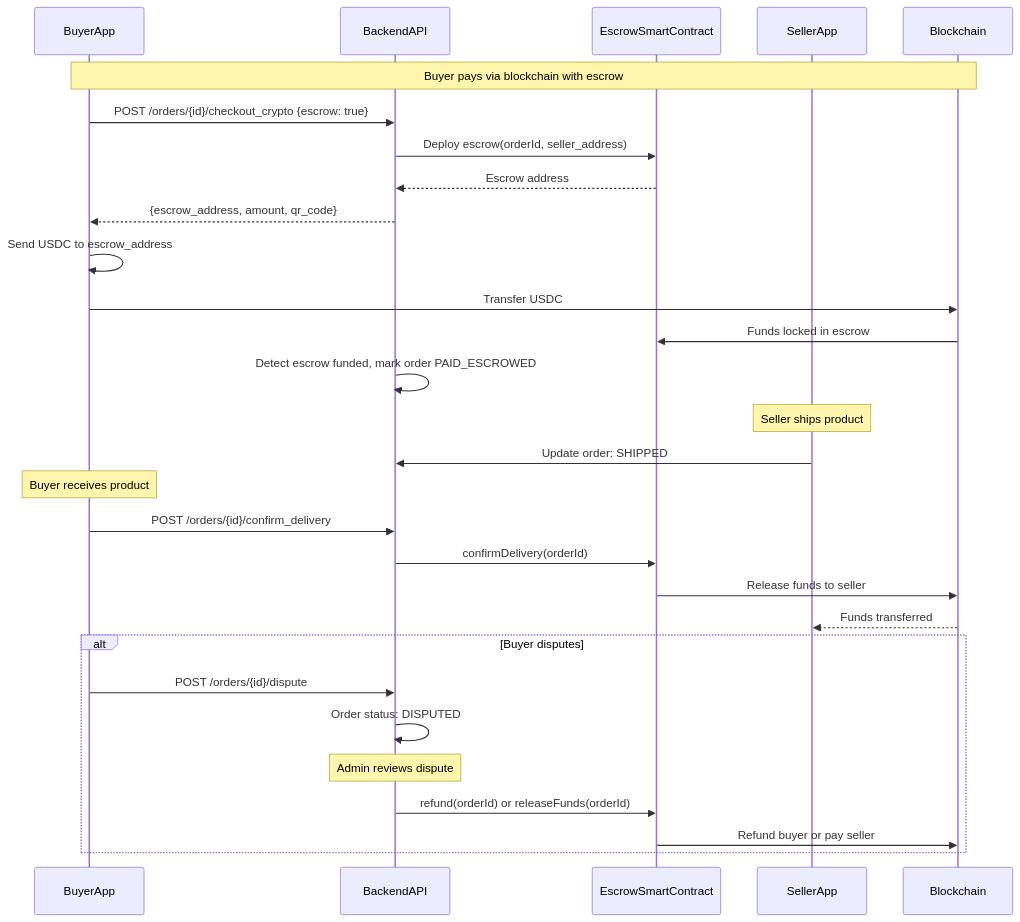
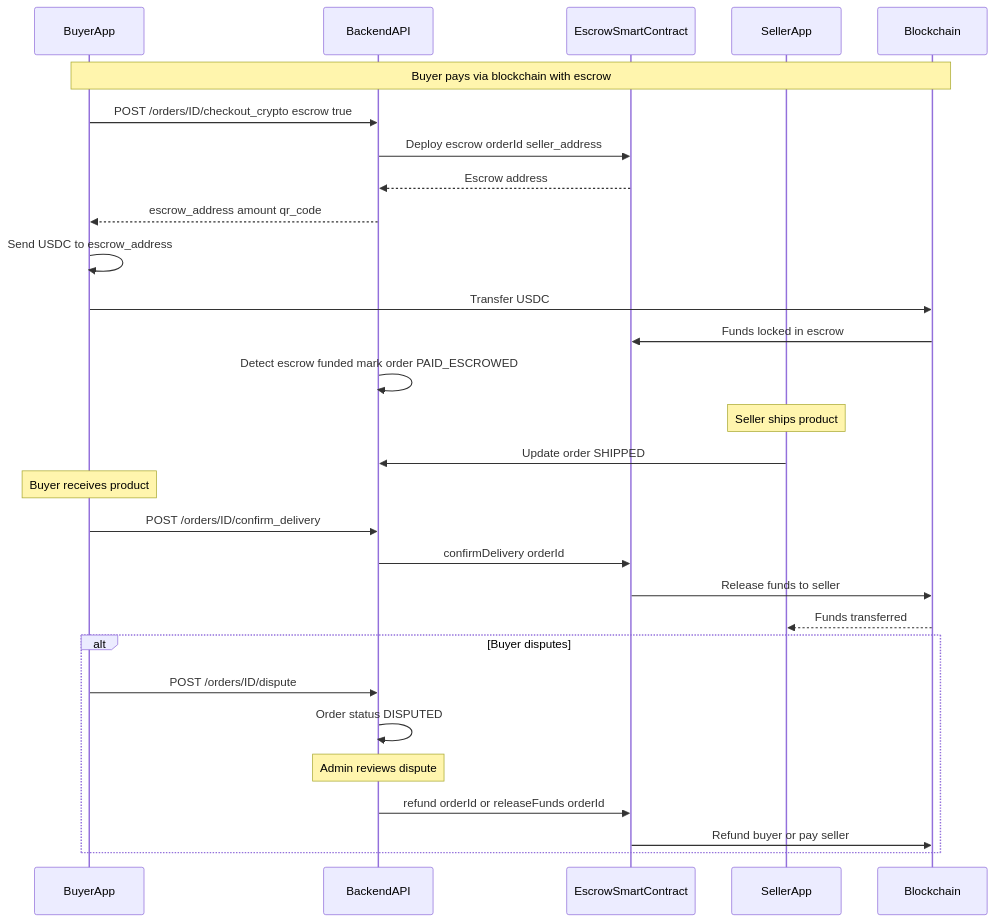
One commit to Lumixions/interview changed the second of 6 diagrams in phase2_architecture.md. Above: the diagram before and after it, drawn with Mermaid. The commit also changed other lines of this file, not shown here.

````diff
--- a/phase2_architecture.md
+++ b/phase2_architecture.md
@@ -39,38 +39,38 @@
 ```mermaid
 sequenceDiagram
   participant Buyer as BuyerApp
   participant Api as BackendAPI
   participant Contract as EscrowSmartContract
   participant Seller as SellerApp
   participant Chain as Blockchain
 
   Note over Buyer,Chain: Buyer pays via blockchain with escrow
 
-  Buyer->>Api: POST /orders/{id}/checkout_crypto {escrow: true}
-  Api->>Contract: Deploy escrow(orderId, seller_address)
+  Buyer->>Api: POST /orders/ID/checkout_crypto escrow true
+  Api->>Contract: Deploy escrow orderId seller_address
   Contract-->>Api: Escrow address
-  Api-->>Buyer: {escrow_address, amount, qr_code}
+  Api-->>Buyer: escrow_address amount qr_code
 
   Buyer->>Buyer: Send USDC to escrow_address
   Buyer->>Chain: Transfer USDC
   Chain->>Contract: Funds locked in escrow
 
-  Api->>Api: Detect escrow funded, mark order PAID_ESCROWED
+  Api->>Api: Detect escrow funded mark order PAID_ESCROWED
 
   Note over Seller: Seller ships product
-  Seller->>Api: Update order: SHIPPED
+  Seller->>Api: Update order SHIPPED
 
   Note over Buyer: Buyer receives product
-  Buyer->>Api: POST /orders/{id}/confirm_delivery
-  Api->>Contract: confirmDelivery(orderId)
+  Buyer->>Api: POST /orders/ID/confirm_delivery
+  Api->>Contract: confirmDelivery orderId
   Contract->>Chain: Release funds to seller
   Chain-->>Seller: Funds transferred
 
   Alt Buyer disputes
-    Buyer->>Api: POST /orders/{id}/dispute
-    Api->>Api: Order status: DISPUTED
+    Buyer->>Api: POST /orders/ID/dispute
+    Api->>Api: Order status DISPUTED
     Note over Api: Admin reviews dispute
-    Api->>Contract: refund(orderId) or releaseFunds(orderId)
+    Api->>Contract: refund orderId or releaseFunds orderId
     Contract->>Chain: Refund buyer or pay seller
   End
 ```
````
